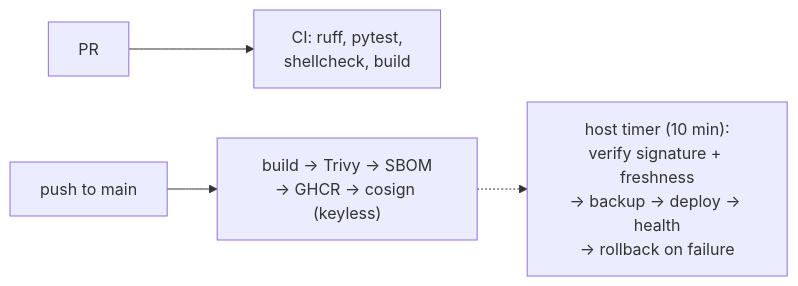
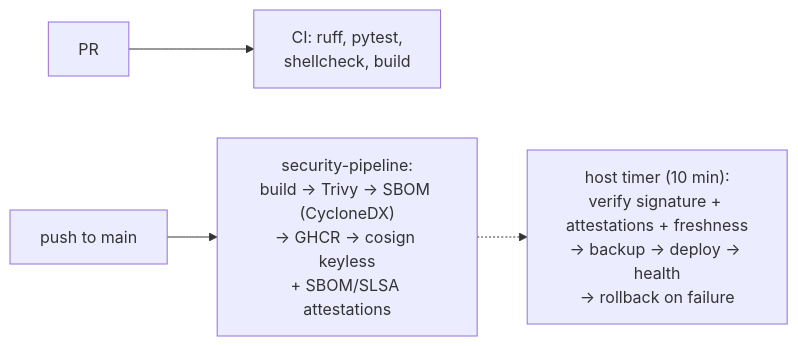
Before and after one commit to Pascal-Organisation/solar: the second of 2 diagrams in README.md, drawn with Mermaid. The commit also changed other lines of this file and 10 other files, not shown here.

First line of the commit message:
Use security-pipeline for CI gates, release and host deploy

````diff
--- a/README.md
+++ b/README.md
@@ -59,6 +59,6 @@
 ```mermaid
 flowchart LR
   pr["PR"] --> ci["CI: ruff, pytest,<br/>shellcheck, build"]
-  main["push to main"] --> rel["build → Trivy → SBOM<br/>→ GHCR → cosign (keyless)"]
-  rel -.-> host["host timer (10 min):<br/>verify signature + freshness<br/>→ backup → deploy → health<br/>→ rollback on failure"]
+  main["push to main"] --> rel["security-pipeline:<br/>build → Trivy → SBOM (CycloneDX)<br/>→ GHCR → cosign keyless<br/>+ SBOM/SLSA attestations"]
+  rel -.-> host["host timer (10 min):<br/>verify signature + attestations + freshness<br/>→ backup → deploy → health<br/>→ rollback on failure"]
 ```
````
